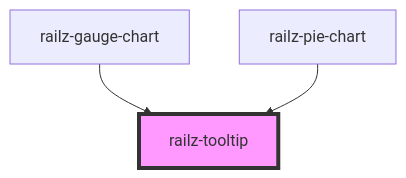
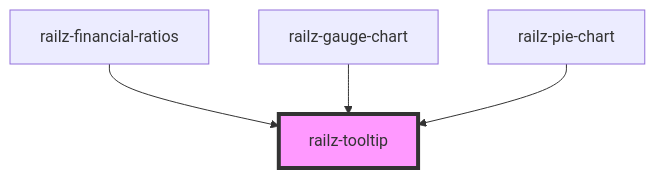
The diagram in packages/components/src/elements/tooltip/readme.md (railz-ai/railz-visualizations), drawn with Mermaid before and after one commit. The commit also changed other lines of this file and 13 other files, not shown here.

Commit message:
feat: New select component and used on financial ratios

````diff
--- a/packages/components/src/elements/tooltip/readme.md
+++ b/packages/components/src/elements/tooltip/readme.md
@@ -22,6 +23,7 @@
 ```mermaid
 graph TD;
+  railz-financial-ratios --> railz-tooltip
   railz-gauge-chart --> railz-tooltip
   railz-pie-chart --> railz-tooltip
   style railz-tooltip fill:#f9f,stroke:#333,stroke-width:4px
 ```
````
